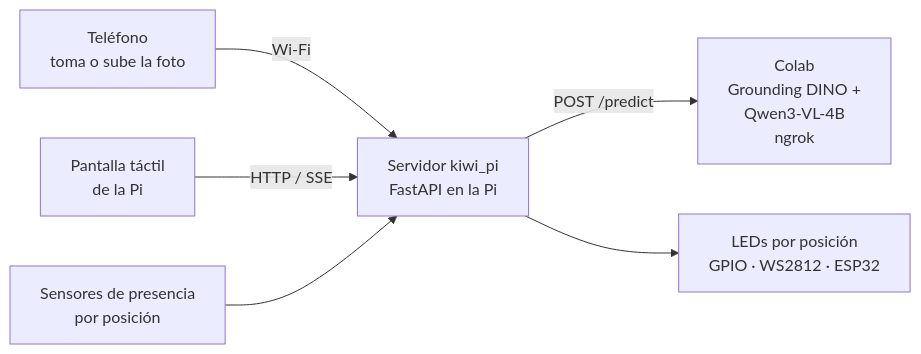
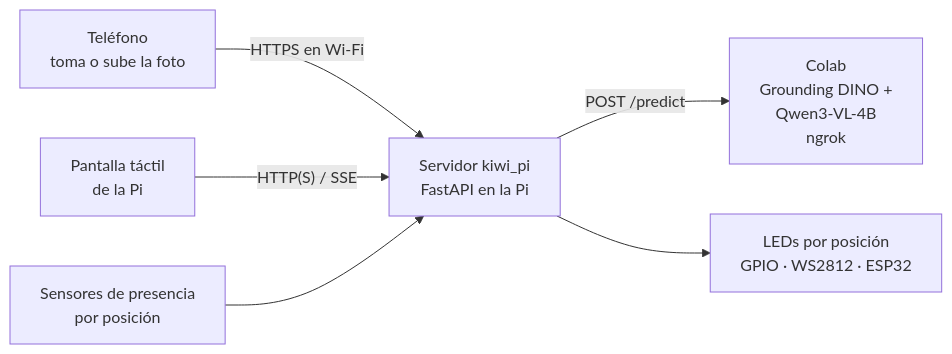
The diagram in pi/README.md (fcanas574/kiwi), drawn with Mermaid before and after one commit. The commit also changed other lines of this file and 8 other files, not shown here.

````diff
--- a/pi/README.md
+++ b/pi/README.md
@@ -5,8 +5,8 @@
 ```mermaid
 flowchart LR
-    T[Teléfono<br>toma o sube la foto] -- Wi-Fi --> S[Servidor kiwi_pi<br>FastAPI en la Pi]
-    U[Pantalla táctil<br>de la Pi] -- HTTP / SSE --> S
+    T[Teléfono<br>toma o sube la foto] -- HTTPS en Wi-Fi --> S[Servidor kiwi_pi<br>FastAPI en la Pi]
+    U[Pantalla táctil<br>de la Pi] -- HTTP(S) / SSE --> S
     S -- POST /predict --> A[Colab<br>Grounding DINO +<br>Qwen3-VL-4B<br>ngrok]
     S --> L[LEDs por posición<br>GPIO · WS2812 · ESP32]
     P[Sensores de presencia<br>por posición] --> S
 ```
````
